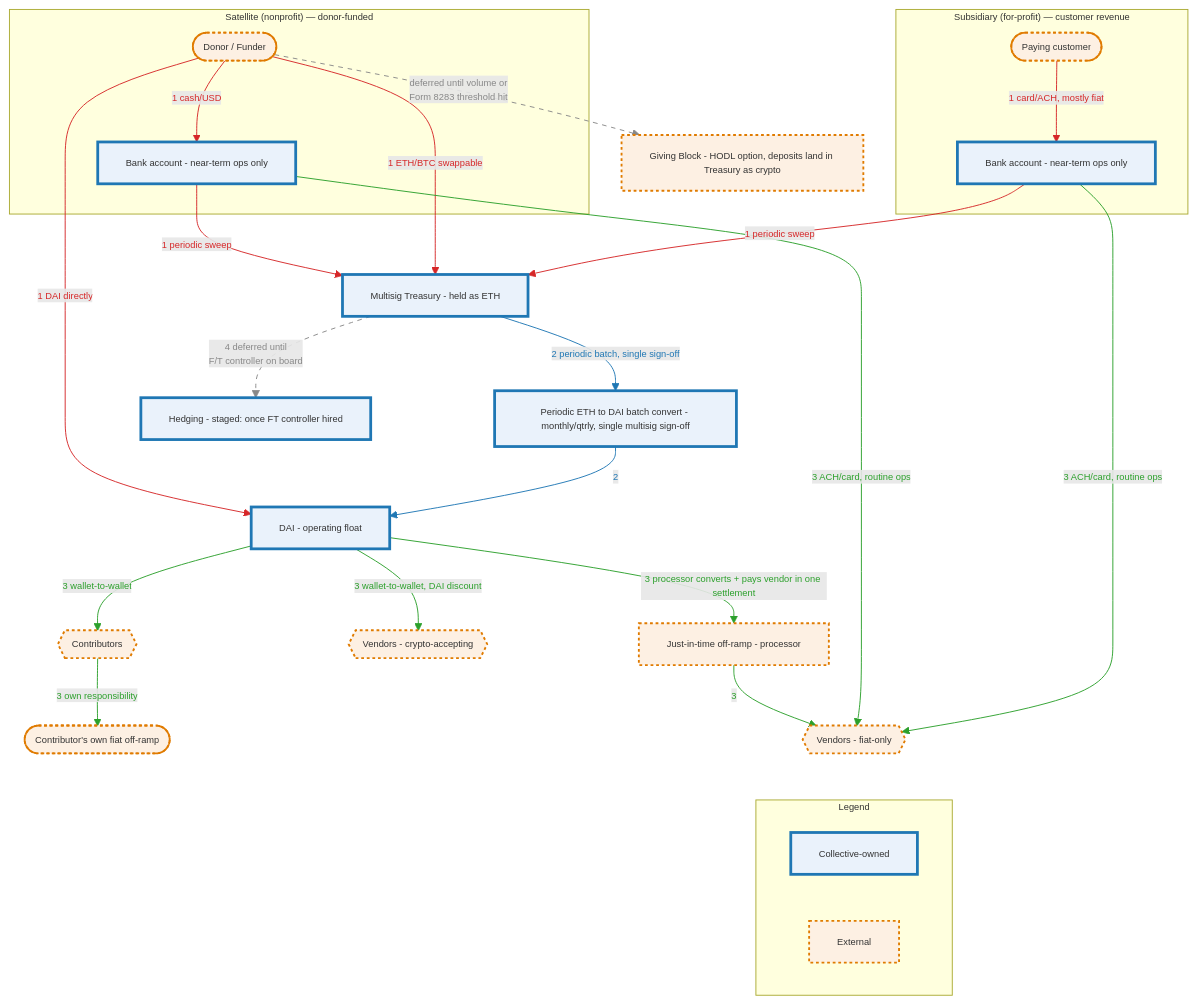
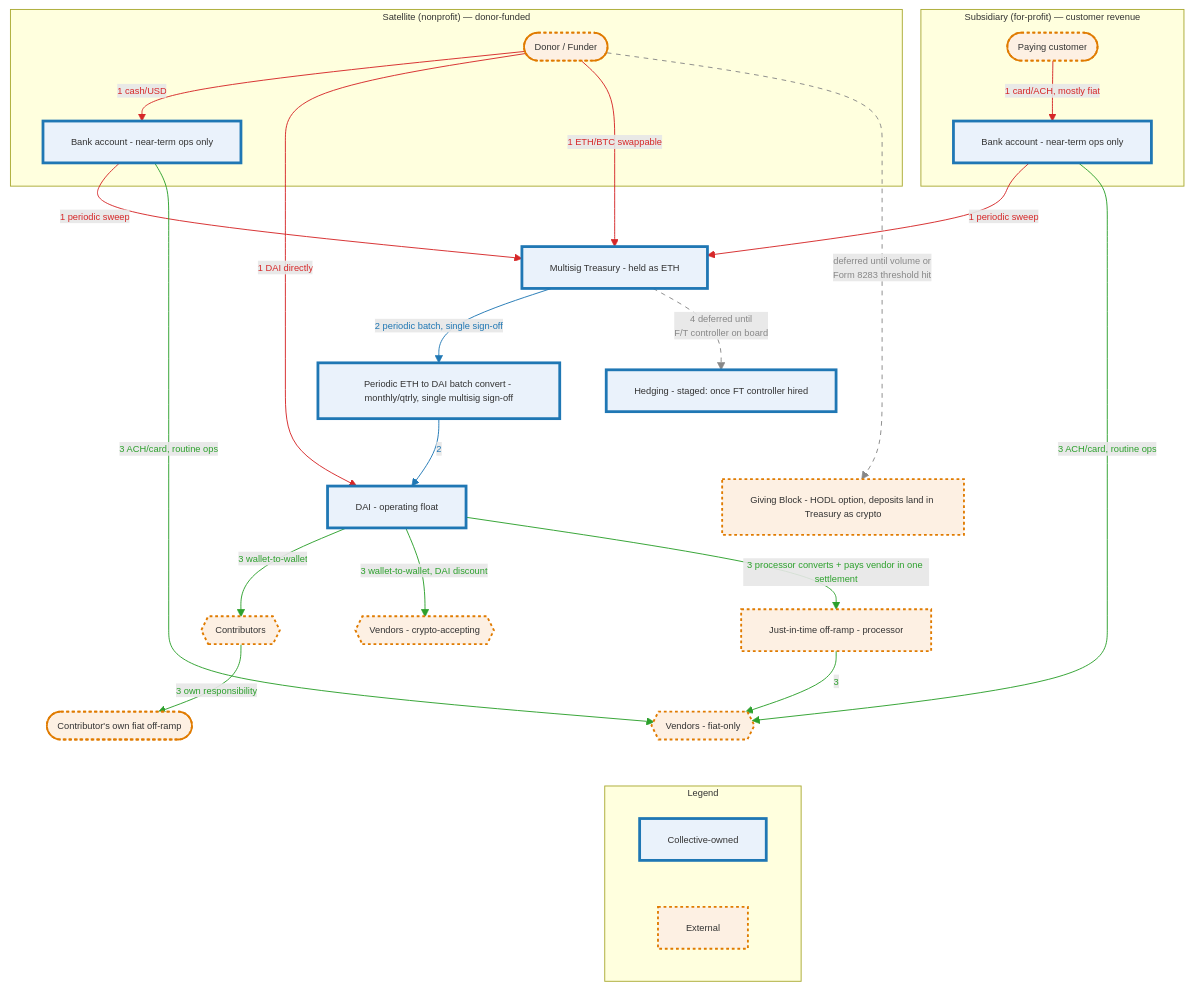
Before and after one commit to doikayt/admin: the third of 4 diagrams in governance/commons-hub-pattern.md, drawn with Mermaid.

Commit message:
docs: push Giving Block down via invisible link to Hedge
It was ranking at the same level as the bank-account nodes (both one
hop from Donor) and landing in the empty gap between the two
subgraph boxes. An invisible layout-only link from Hedge pulls it
down to roughly the same rank - fitting, since both are the
diagram's two deferred/staged items.

````diff
--- a/governance/commons-hub-pattern.md
+++ b/governance/commons-hub-pattern.md
@@ -880,66 +880,67 @@
 ```mermaid
 %%{init: {"themeVariables": {"fontSize": "10px"}}}%%
 flowchart TD
     subgraph SAT["Satellite (nonprofit) — donor-funded"]
         Donor([Donor / Funder])
         SatBank[Bank account - near-term ops only]
     end
 
     subgraph SUB["Subsidiary (for-profit) — customer revenue"]
         Customer([Paying customer])
         SubBank[Bank account - near-term ops only]
     end
 
     DonationProcessor[Giving Block - HODL option, deposits land in Treasury as crypto]
     Treasury[Multisig Treasury - held as ETH]
     BatchConvert[Periodic ETH to DAI batch convert - monthly/qtrly, single multisig sign-off]
     DAIFloat[DAI - operating float]
     Contributors{{Contributors}}
     ContribOfframp([Contributor's own fiat off-ramp])
     VendorsCrypto{{Vendors - crypto-accepting}}
     OffRampJIT[Just-in-time off-ramp - processor]
     VendorsFiat{{Vendors - fiat-only}}
     Hedge[Hedging - staged: once FT controller hired]
 
     subgraph LEGEND["Legend"]
         L1[Collective-owned]
         L2[External]
     end
 
     Donor -- "1 cash/USD" --> SatBank
     SatBank -- "1 periodic sweep" --> Treasury
     Donor -- "1 DAI directly" --> DAIFloat
     Donor -- "1 ETH/BTC swappable" --> Treasury
     Customer -- "1 card/ACH, mostly fiat" --> SubBank
     SubBank -- "1 periodic sweep" --> Treasury
 
     Donor -.->|"deferred until volume or<br/>Form 8283 threshold hit"| DonationProcessor
 
     Treasury -- "2 periodic batch, single sign-off" --> BatchConvert
     BatchConvert -- "2" --> DAIFloat
 
     DAIFloat -- "3 wallet-to-wallet" --> Contributors
     Contributors -- "3 own responsibility" --> ContribOfframp
     DAIFloat -- "3 wallet-to-wallet, DAI discount" --> VendorsCrypto
     DAIFloat -- "3 processor converts + pays vendor in one settlement" --> OffRampJIT
     OffRampJIT -- "3" --> VendorsFiat
     SatBank -- "3 ACH/card, routine ops" --> VendorsFiat
     SubBank -- "3 ACH/card, routine ops" --> VendorsFiat
 
     Treasury -.->|"4 deferred until<br/>F/T controller on board"| Hedge
 
+    Hedge ~~~ DonationProcessor
     VendorsFiat ~~~ LEGEND
 
     linkStyle 0,1,2,3,4,5 stroke:#d62728,color:#d62728
     linkStyle 7,8 stroke:#1f77b4,color:#1f77b4
     linkStyle 9,10,11,12,13,14,15 stroke:#2ca02c,color:#2ca02c
     linkStyle 6,16 stroke:#888888,color:#888888,stroke-dasharray: 5 5
 
     classDef owned fill:#eaf2fb,stroke:#1f77b4,stroke-width:3px
     classDef external fill:#fdf0e3,stroke:#e07b00,stroke-width:2px,stroke-dasharray:3 3
     class L1 owned
     class L2 external
     class Treasury,SatBank,SubBank,BatchConvert,DAIFloat,Hedge owned
     class Donor,DonationProcessor,Customer,Contributors,ContribOfframp external
     class VendorsCrypto,OffRampJIT,VendorsFiat external
 ```
````
